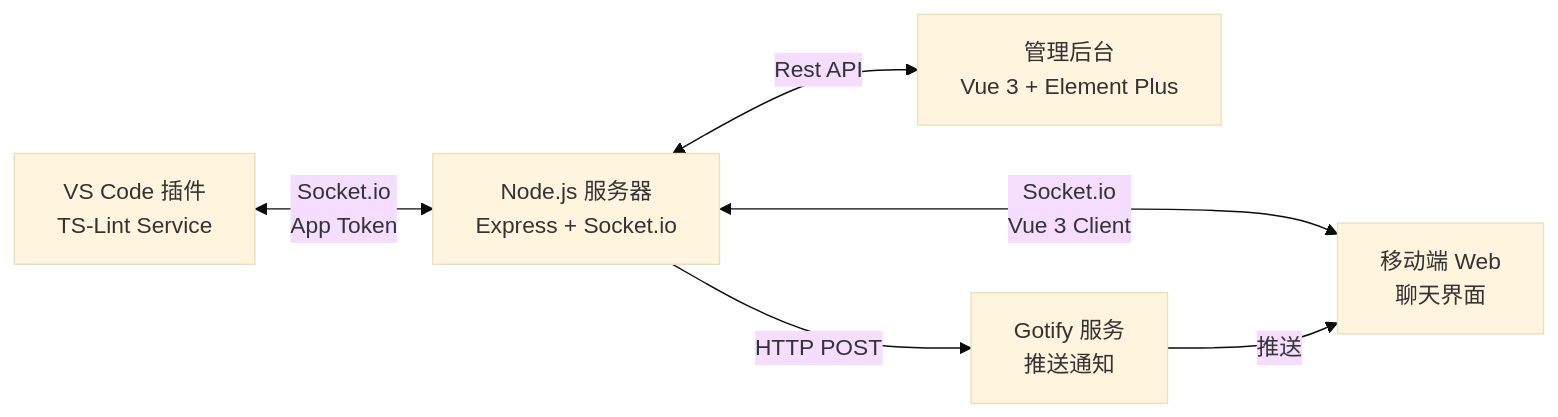
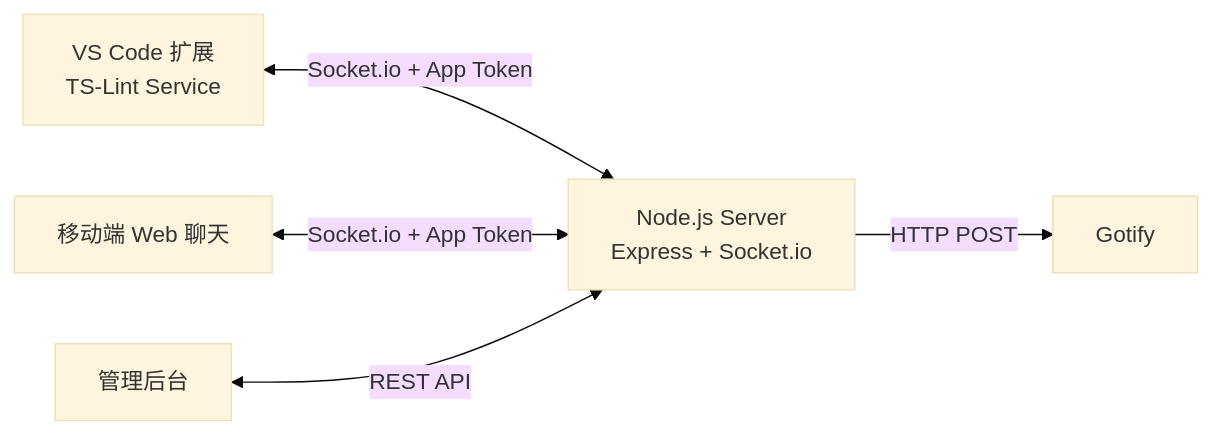
The diagram in README.md (Sisyphean-a/vscode-stealth-chat), drawn with Mermaid (base theme) before and after one commit. The commit also changed other lines of this file and 4 other files, not shown here.

````diff
--- a/README.md
+++ b/README.md
@@ -25,8 +17,7 @@
 ```mermaid
 graph LR
-    A[VS Code 插件<br/>TS-Lint Service] <-->|Socket.io<br/>App Token| B[Node.js 服务器<br/>Express + Socket.io]
-    B <-->|Socket.io<br/>Vue 3 Client| C[移动端 Web<br/>聊天界面]
-    B <-->|Rest API| E[管理后台<br/>Vue 3 + Element Plus]
-    B -->|HTTP POST| D[Gotify 服务<br/>推送通知]
-    D -->|推送| C
+    A[VS Code 扩展<br/>TS-Lint Service] <-->|Socket.io + App Token| B[Node.js Server<br/>Express + Socket.io]
+    C[移动端 Web 聊天] <-->|Socket.io + App Token| B
+    D[管理后台] <-->|REST API| B
+    B -->|HTTP POST| E[Gotify]
 ```
````
